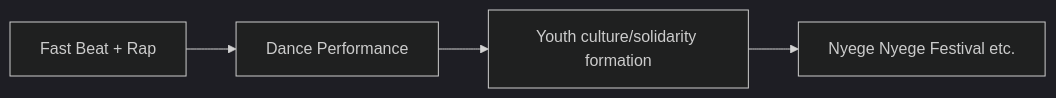
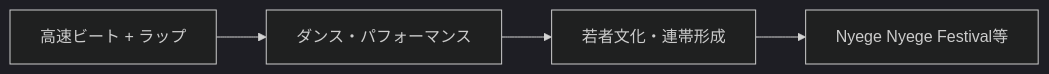
One commit to monumental-movement/monumental-movement.github.io changed the second of 6 diagrams in en/_posts/2025-10-04-Column-Nyege-Nyege.md. Above: the diagram before and after it, drawn with Mermaid (dark theme). The commit also changed other lines of this file and 1724 other files, not shown here.

```diff
--- a/en/_posts/2025-10-04-Column-Nyege-Nyege.md
+++ b/en/_posts/2025-10-04-Column-Nyege-Nyege.md
@@ -137,8 +138,8 @@
 <div class="mermaid">
 
 flowchart LR
-Music["Fast Beat + Rap"] --> Dance["Dance Performance"]
-Dance --> Community["Youth culture/solidarity formation"]
-Community --> Festivals["Nyege Nyege Festival etc."]
+    Music["高速ビート + ラップ"] --> Dance["ダンス・パフォーマンス"]
+    Dance --> Community["若者文化・連帯形成"]
+    Community --> Festivals["Nyege Nyege Festival等"]
 
 </div>
```
